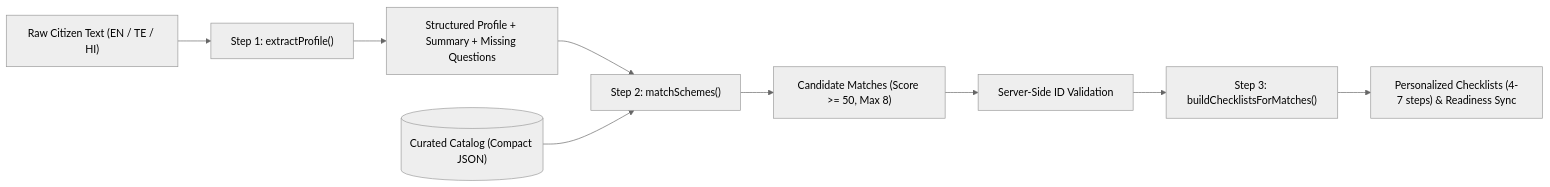
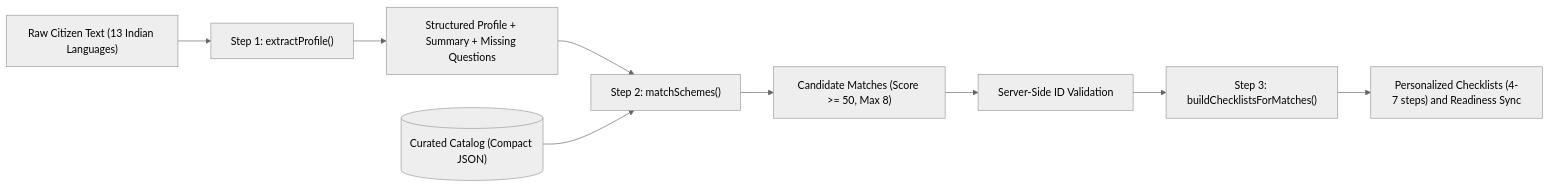
Before and after one commit to lakkireddysanjeevareddy8-ux/Policy-Pal: the diagram in docs/AI_INTEGRATION.md, drawn with Mermaid (neutral theme). The commit also changed 3 other files, not shown here.

Commit message:
docs: fix Mermaid diagrams, update language and catalog claims, add live demo links

````diff
--- a/docs/AI_INTEGRATION.md
+++ b/docs/AI_INTEGRATION.md
@@ -12,11 +12,11 @@
 ```mermaid
 flowchart LR
-    A["Raw Citizen Text (EN / TE / HI)"] --> B["Step 1: extractProfile()"]
+    A["Raw Citizen Text (13 Indian Languages)"] --> B["Step 1: extractProfile()"]
     B --> C["Structured Profile + Summary + Missing Questions"]
     C --> D["Step 2: matchSchemes()"]
     Catalog[("Curated Catalog (Compact JSON)")] --> D
     D --> E["Candidate Matches (Score >= 50, Max 8)"]
     E --> F["Server-Side ID Validation"]
     F --> G["Step 3: buildChecklistsForMatches()"]
-    G --> H["Personalized Checklists (4-7 steps) & Readiness Sync"]
+    G --> H["Personalized Checklists (4-7 steps) and Readiness Sync"]
 ```
````
